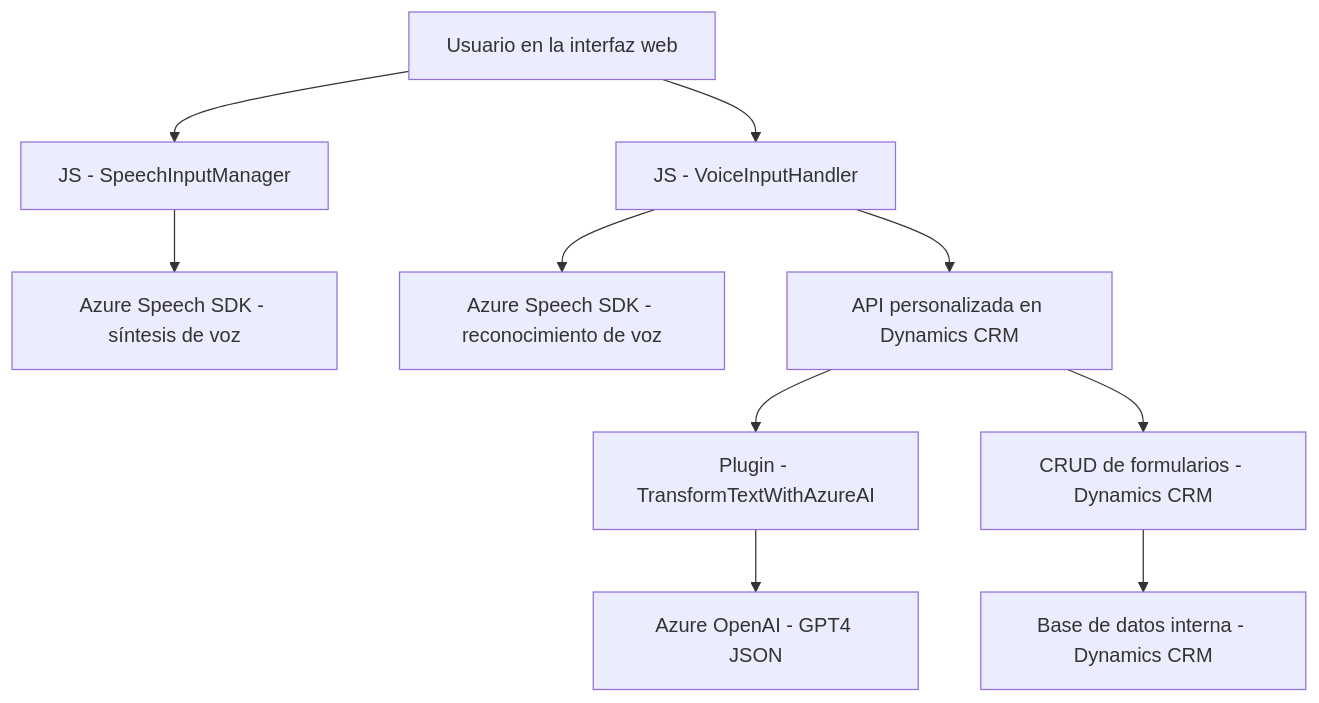
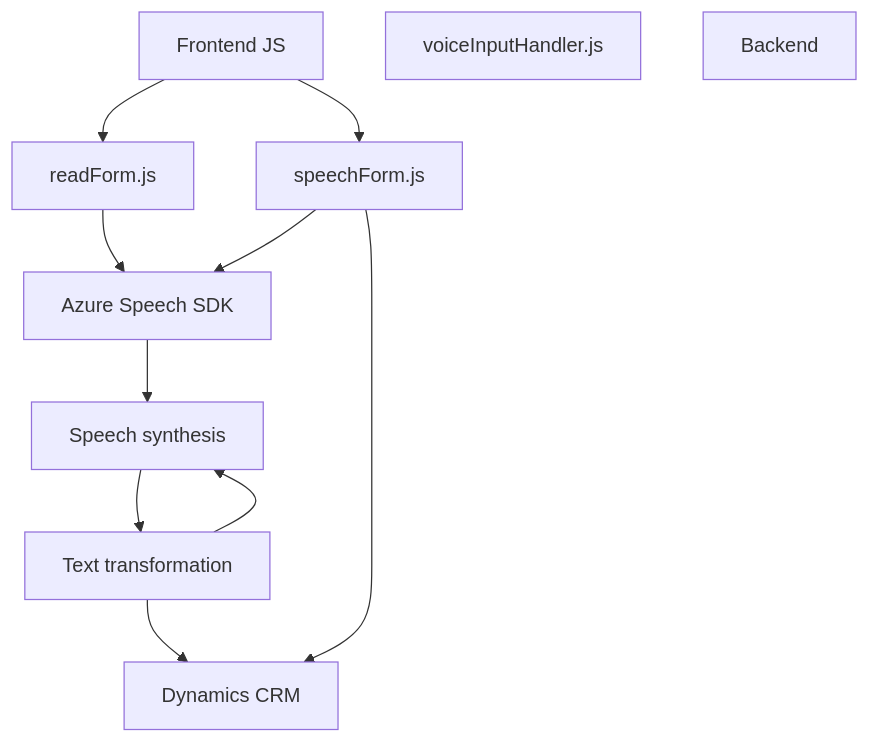
Before and after one commit to blopezdm/NETCORE_BILBAO2025: the diagram in README.md, drawn with Mermaid. The commit also changed other lines of this file, not shown here.

````diff
--- a/README.md
+++ b/README.md
@@ -61,12 +41,22 @@
 ```mermaid
 graph TD
-    A["Usuario en la interfaz web"] --> B["JS - SpeechInputManager"]
-    A["Usuario en la interfaz web"] --> C["JS - VoiceInputHandler"]
-    B["JS - SpeechInputManager"] --> D["Azure Speech SDK - síntesis de voz"]
-    C["JS - VoiceInputHandler"] --> E["Azure Speech SDK - reconocimiento de voz"]
-    C["JS - VoiceInputHandler"] --> F["API personalizada en Dynamics CRM"]
-    F["API personalizada en Dynamics CRM"] --> G["Plugin - TransformTextWithAzureAI"]
-    F["API personalizada en Dynamics CRM"] --> H["CRUD de formularios - Dynamics CRM"]
-    G["Plugin - TransformTextWithAzureAI"] --> I["Azure OpenAI - GPT4 JSON"]
-    H["CRUD de formularios - Dynamics CRM"] --> J["Base de datos interna - Dynamics CRM"]
+    A["Frontend JS"]
+    B["readForm.js"]
+    C["speechForm.js"]
+    D["voiceInputHandler.js"]
+    E["Backend"]
+    F["TransformTextWithAzureAI.cs"]
+    G["Azure Speech SDK"]
+    H["Azure OpenAI API"]
+    I["Dynamics CRM"]
+    
+    A --> B
+    A --> C
+    B --> G
+    C --> G
+    G --> H["Speech synthesis"]
+    H --> F["Text transformation"]
+    C --> I
+    F --> H
+    F --> I
 ```
````
